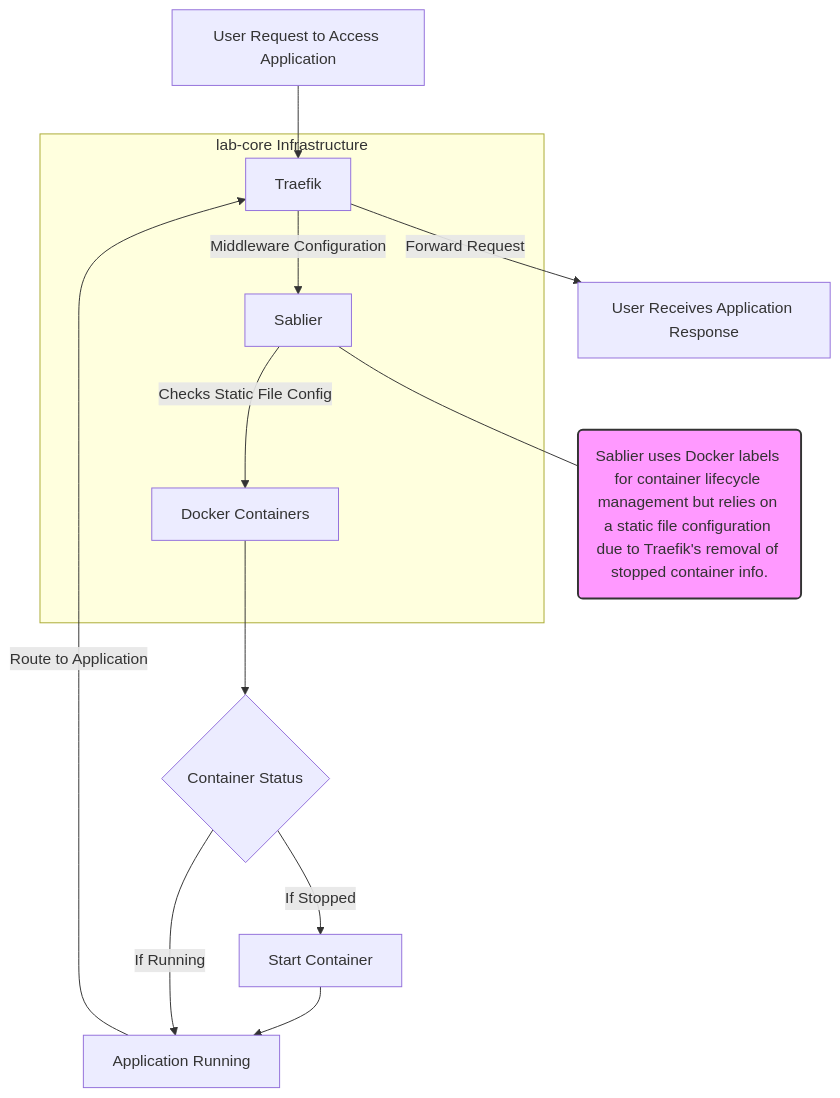
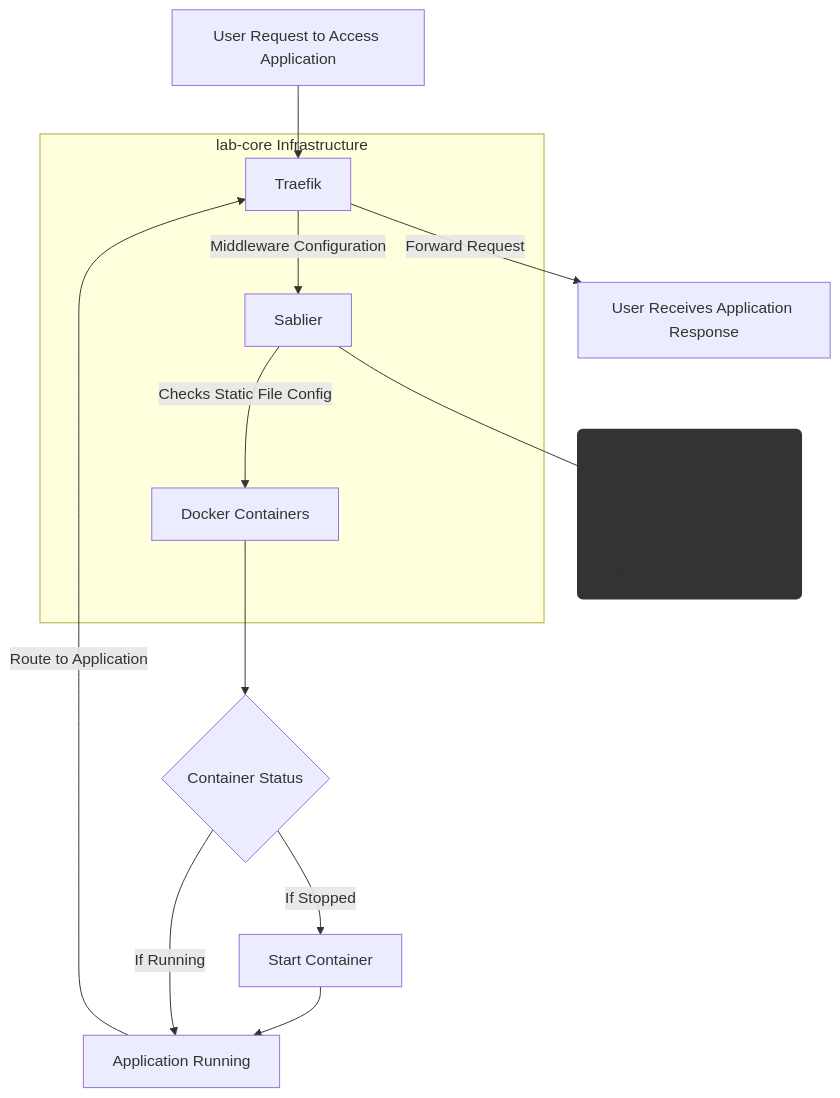
One commit to newpush-labs/newpush-labs-homepage changed the first of 2 diagrams in guides/tutorials/start-stop-docker-containers-on-demand-with-sablier.md. Above: the diagram before and after it, drawn with Mermaid. The commit also changed other lines of this file, not shown here.

````diff
--- a/guides/tutorials/start-stop-docker-containers-on-demand-with-sablier.md
+++ b/guides/tutorials/start-stop-docker-containers-on-demand-with-sablier.md
@@ -17,25 +17,25 @@
 ```mermaid
 graph TD
     A[User Request to Access Application] --> B[Traefik]
     B -->|Middleware Configuration| C[Sablier]
     C -->|Checks Static File Config| D[Docker Containers]
     D --> E{Container Status}
     
     E -->|If Stopped| F[Start Container]
     F --> G[Application Running]
     E -->|If Running| G
 
     G -->|Route to Application| B
     B -->|Forward Request| H[User Receives Application Response]
 
     subgraph lab-core Infrastructure
         B
         C
         D
     end
 
     %% Additional notes
-    classDef note fill:#f9f,stroke:#333,stroke-width:2px;
+    classDef note fill:#333,stroke:#333,stroke-width:2px;
     note1("Sablier uses Docker labels for container lifecycle management but relies on a static file configuration due to Traefik's removal of stopped container info."):::note
     C --- note1
 ```
````
